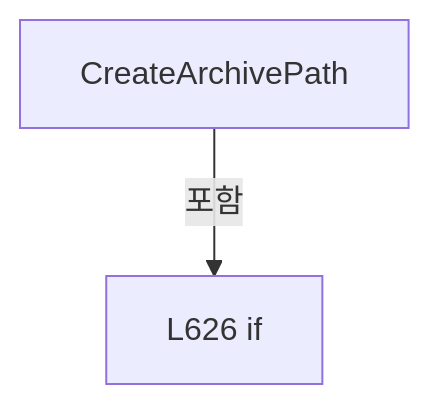
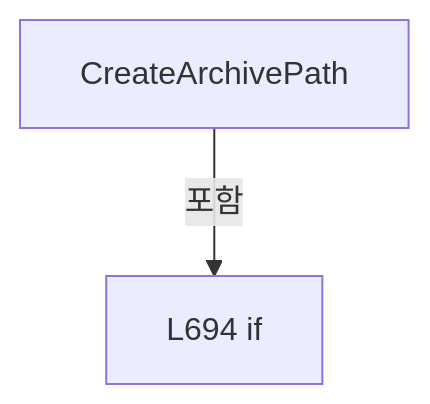
Before and after one commit to kjuws10-rgb/Shared: diagram 16 of 19 in A3 LD Code Ref/files/Drilling.File/ReviewOffset/CReviewOffsetFile.cs.md, drawn with Mermaid. The commit also changed other lines of this file and 2071 other files, not shown here.

Commit message:
docs(a3): update 11.19.0 architecture and code reference

````diff
--- a/A3 LD Code Ref/files/Drilling.File/ReviewOffset/CReviewOffsetFile.cs.md
+++ b/A3 LD Code Ref/files/Drilling.File/ReviewOffset/CReviewOffsetFile.cs.md
@@ -1941,6 +2069,6 @@
 ```mermaid
 flowchart TD
  M["CreateArchivePath"]
- N0["L626 if"]
+ N0["L694 if"]
  M -->|포함| N0
 ```
````
